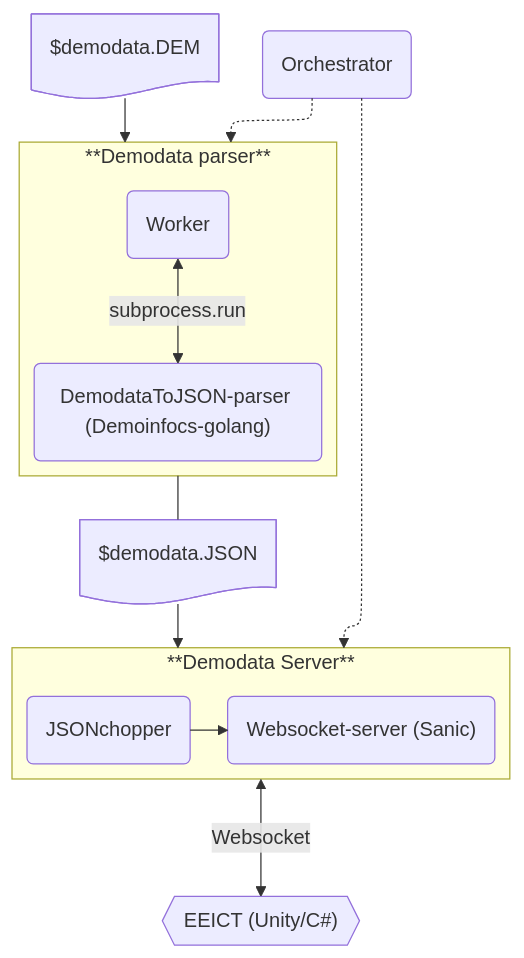
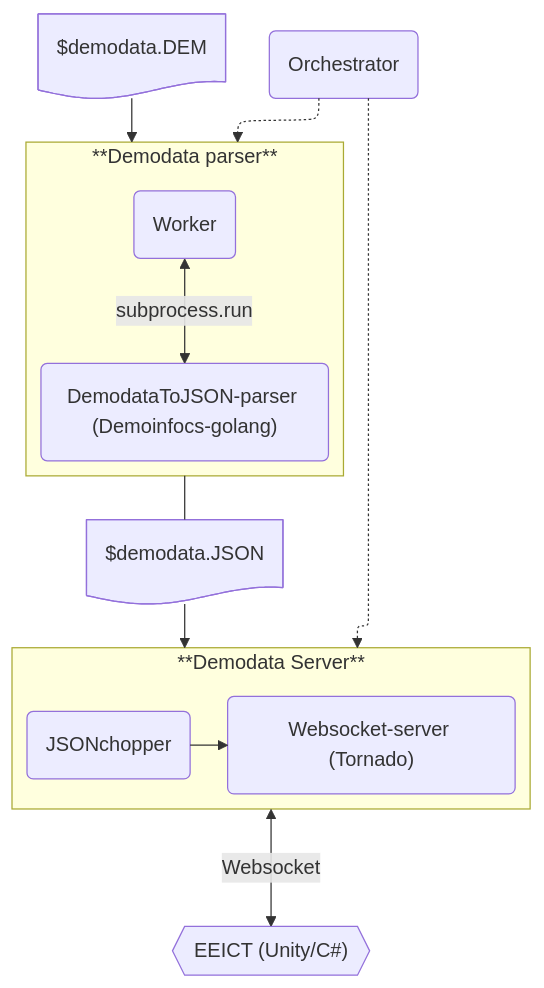
The diagram in tekninen_suunnittelu/backend/cs2-demodata_to_eeict.md (ohtuprojekti-Elisa/suunnitteludokumentaatio), drawn with Mermaid before and after one commit. The commit also changed other lines of this file, not shown here.

Commit message:
Sanic >> Tornado

````diff
--- a/tekninen_suunnittelu/backend/cs2-demodata_to_eeict.md
+++ b/tekninen_suunnittelu/backend/cs2-demodata_to_eeict.md
@@ -6,35 +6,35 @@
 ```mermaid
 
 %%{init: {"flowchart": {"defaultRenderer": "elk"}} }%%
 
 flowchart TB
 
     dem@{ shape: doc, label: "$demodata.DEM"}
     dem --> parser
 
     direction TB
     orch("Orchestrator")
     orch -.-> parser
     orch -.-> server
     
     subgraph parser ["**Demodata parser**"]
         worker("Worker")
         worker <--"subprocess.run"--> B
         B("DemodataToJSON-parser (Demoinfocs-golang)")
     end
 
     parser --- json
     json@{ shape: doc, label: "$demodata.JSON"}
     json --> server
 
     subgraph server ["**Demodata Server**"]
         direction LR
         D("JSONchopper") 
         D --> E
-        E("Websocket-server (Sanic)")
+        E("Websocket-server (Tornado)")
     end
     
     server <--"Websocket"--> eeict
     eeict{{"EEICT (Unity/C#)"}}
     
 ```
````
